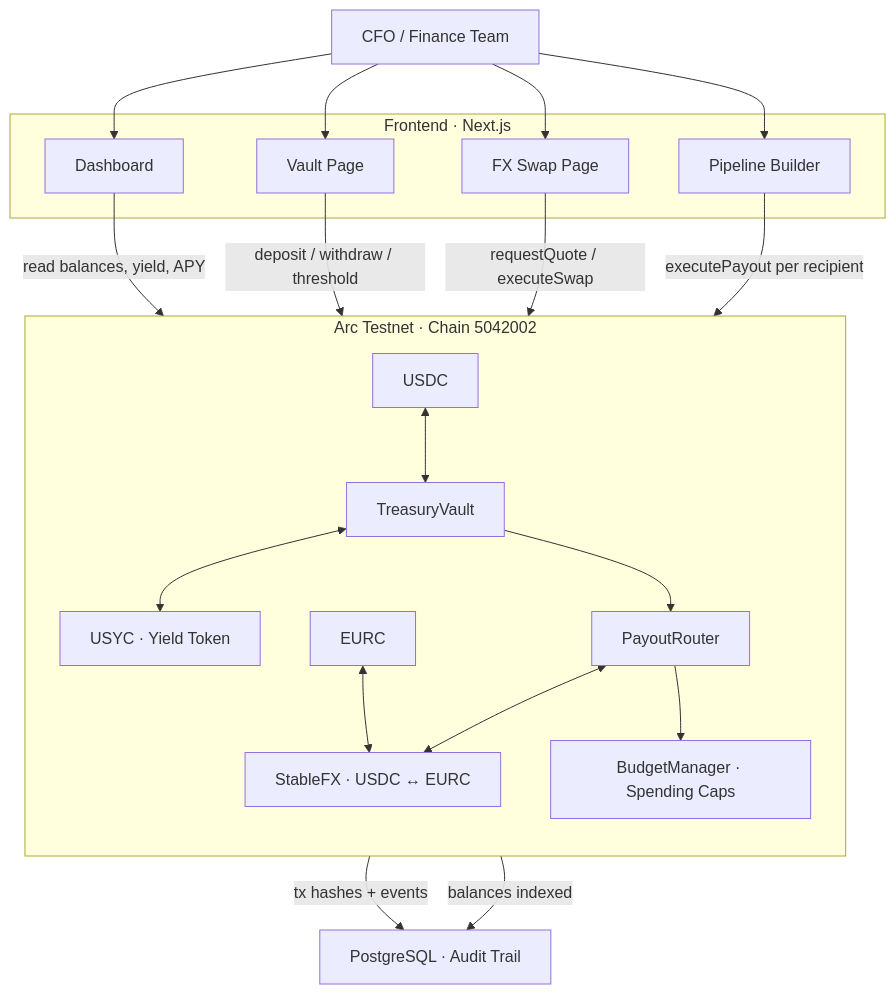
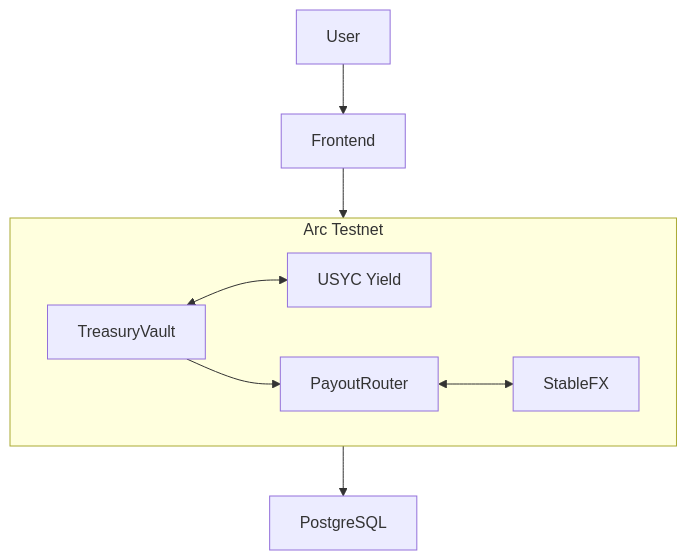
Before and after one commit to kolyamkl/ArcVAULT_hackathon: the diagram in README.md, drawn with Mermaid.

````diff
--- a/README.md
+++ b/README.md
@@ -10,32 +10,13 @@
 ```mermaid
 flowchart TB
-  U["CFO / Finance Team"] --> DASH["Dashboard"]
-  U --> VAULT["Vault Page"]
-  U --> FX["FX Swap Page"]
-  U --> PB["Pipeline Builder"]
+  U["User"] --> FE["Frontend"]
+  FE --> ARC
 
-  DASH --> |"read balances, yield, APY"| TV
-  VAULT --> |"deposit / withdraw / threshold"| TV
-  FX --> |"requestQuote / executeSwap"| SFX
-  PB --> |"executePayout per recipient"| PR
-
-  subgraph FRONTEND["Frontend · Next.js"]
-    DASH
-    VAULT
-    FX
-    PB
+  subgraph ARC["Arc Testnet"]
+    TV["TreasuryVault"] <--> USYC["USYC Yield"]
+    TV --> PR["PayoutRouter"]
+    PR <--> SFX["StableFX"]
   end
 
-  subgraph ARC["Arc Testnet · Chain 5042002"]
-    direction TB
-    USDC["USDC"] <--> TV["TreasuryVault"]
-    TV <--> USYC["USYC · Yield Token"]
-    TV --> PR["PayoutRouter"]
-    PR <--> SFX["StableFX · USDC ↔ EURC"]
-    PR --> BM["BudgetManager · Spending Caps"]
-    EURC["EURC"] <--> SFX
-  end
-
-  PR --> |"tx hashes + events"| DB["PostgreSQL · Audit Trail"]
-  TV --> |"balances indexed"| DB
+  ARC --> DB["PostgreSQL"]
 ```
````
